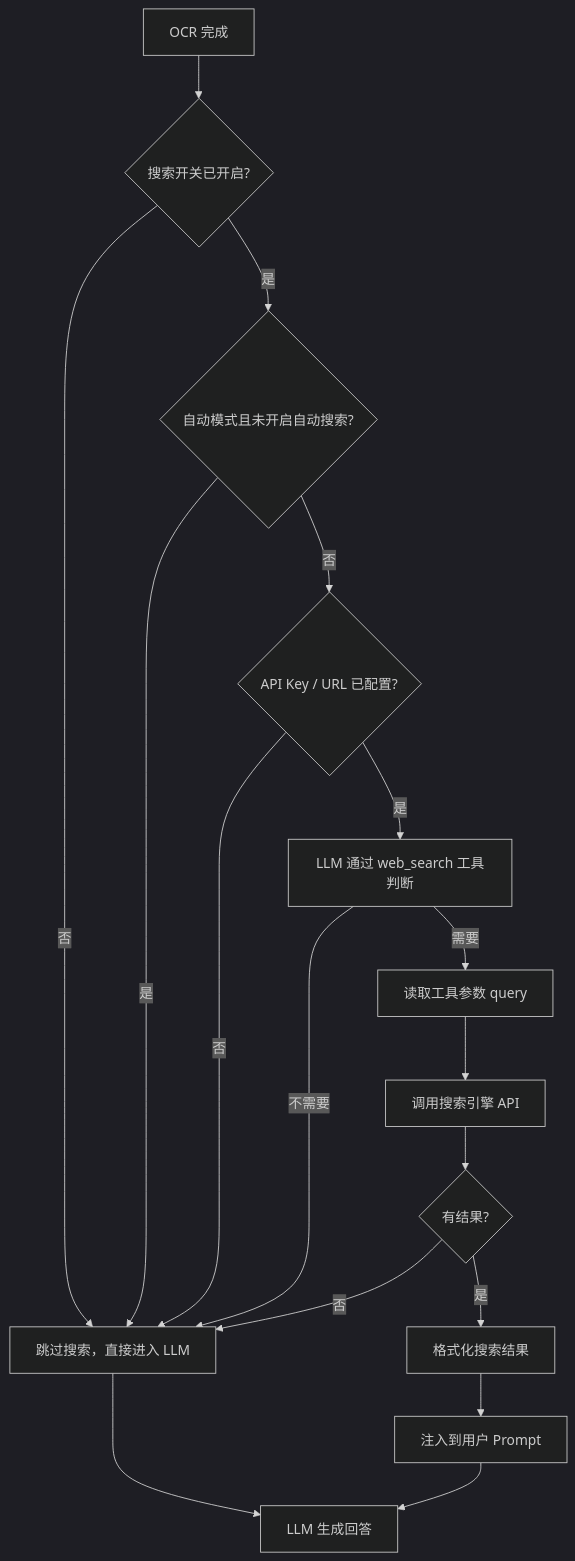
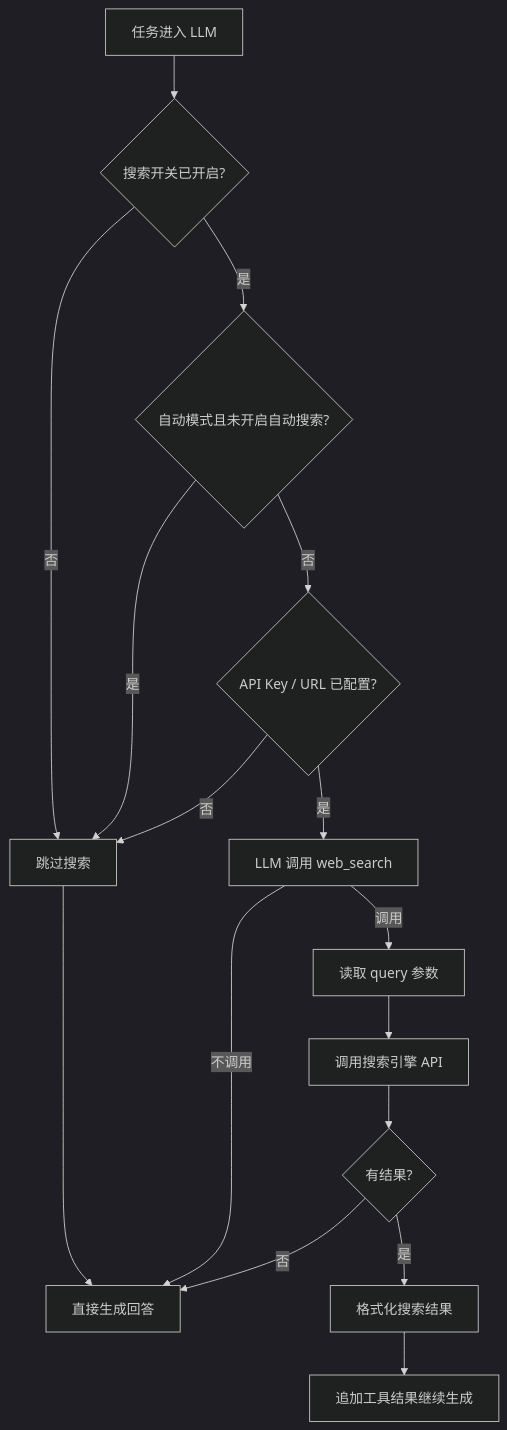
Before and after one commit to QwindF/HanakoAI: the diagram in README.md, drawn with Mermaid (dark theme). The commit also changed other lines of this file and 8 other files, not shown here.

````diff
--- a/README.md
+++ b/README.md
@@ -150,19 +137,18 @@
 ```mermaid
 graph TD
-    A[OCR 完成] --> B{搜索开关已开启?}
-    B -- 否 --> C[跳过搜索，直接进入 LLM]
+    A[任务进入 LLM] --> B{搜索开关已开启?}
+    B -- 否 --> C[跳过搜索]
     B -- 是 --> D{自动模式且未开启自动搜索?}
     D -- 是 --> C
     D -- 否 --> E{API Key / URL 已配置?}
     E -- 否 --> C
-    E -- 是 --> F[LLM 通过 web_search 工具判断]
-    F -- 不需要 --> C
-    F -- 需要 --> G[读取工具参数 query]
-    G --> H[调用搜索引擎 API]
-    H --> I{有结果?}
-    I -- 否 --> C
-    I -- 是 --> J[格式化搜索结果]
-    J --> K[注入到用户 Prompt]
-    K --> L[LLM 生成回答]
-    C --> L
+    E -- 是 --> F[LLM 调用 web_search]
+    F -- 不调用 --> G[直接生成回答]
+    F -- 调用 --> H[读取 query 参数]
+    H --> I[调用搜索引擎 API]
+    I --> J{有结果?}
+    J -- 否 --> G
+    J -- 是 --> K[格式化搜索结果]
+    K --> L[追加工具结果继续生成]
+    C --> G
 ```
````
